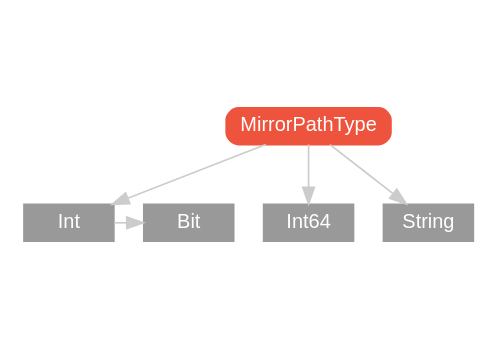
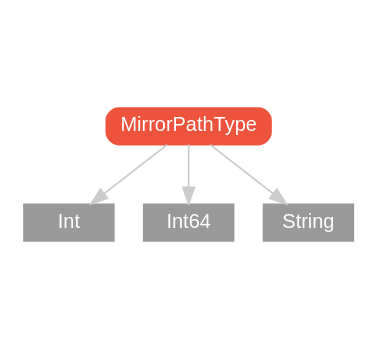
The diagram in v2.1/protocol/MirrorPathType/hierarchy/index.dot (SwiftDoc/SwiftDoc.github.io), drawn with Graphviz before and after one commit. The commit also changed 50 other files, not shown here.

```diff
--- a/v2.1/protocol/MirrorPathType/hierarchy/index.dot
+++ b/v2.1/protocol/MirrorPathType/hierarchy/index.dot
@@ -1,16 +1,14 @@
 strict digraph "MirrorPathType - Type Hierarchy - SwiftDoc.org" {
     pad="0.1,0.8"
     node [shape=box, style="filled,rounded", color="#999999", fillcolor="#999999", fontcolor=white, fontname=Helvetica, fontnames="Helvetica,sansserif", fontsize=12, margin="0.07,0.05", height="0.3"]
     edge [color="#cccccc"]
-    "Bit" [URL="/type/Bit/hierarchy/", style=filled]
     "Int" [URL="/type/Int/hierarchy/", style=filled]
     "Int64" [URL="/type/Int64/hierarchy/", style=filled]
     "MirrorPathType" [URL="/protocol/MirrorPathType/", style="filled,rounded", fillcolor="#ee543d", color="#ee543d"]
     "String" [URL="/type/String/hierarchy/", style=filled]    "MirrorPathType" -> "Int"
     "MirrorPathType" -> "Int64"
     "MirrorPathType" -> "String"
-    "Int" -> "Bit"
     subgraph Types {
-        rank = max; "Int"; "Int64"; "String"; "Bit";
+        rank = max; "Int"; "Int64"; "String";
     }
 }
```
